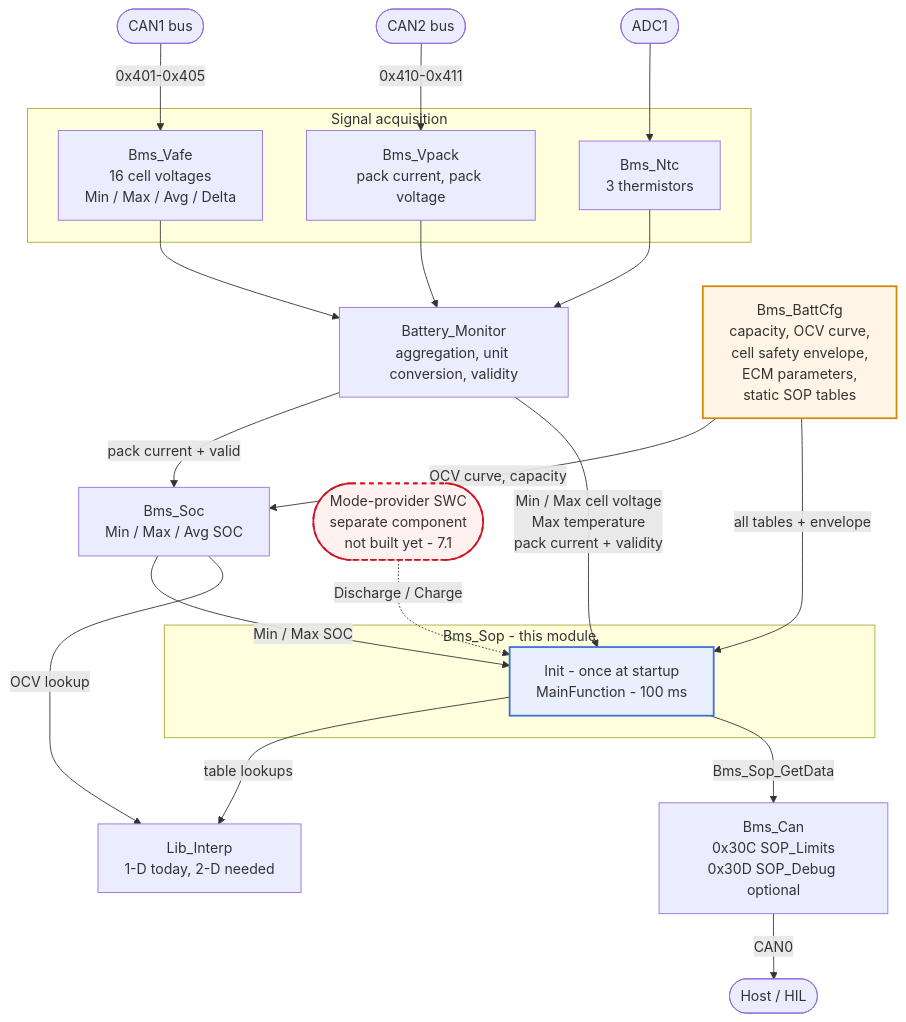
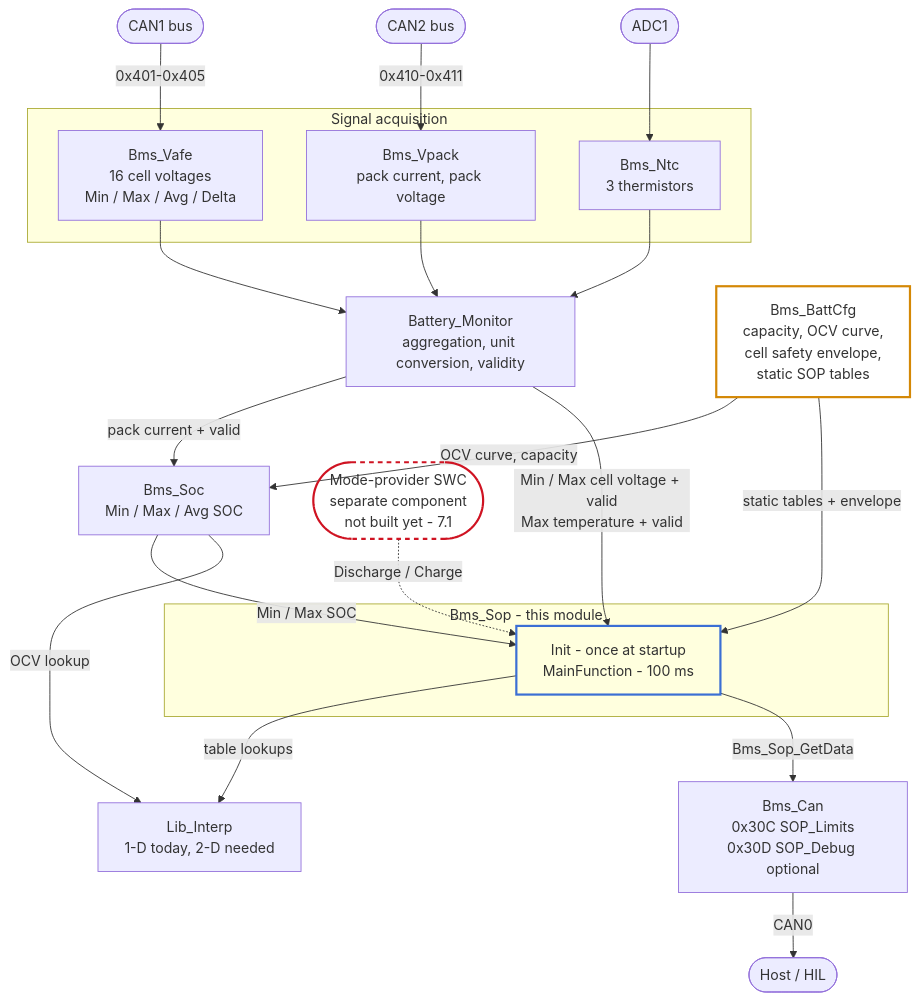
Before and after one commit to jsivolt/BMS_demo: the first of 6 diagrams in src/battery/SOP_DESIGN.md, drawn with Mermaid. The commit also changed other lines of this file, not shown here.

````diff
--- a/src/battery/SOP_DESIGN.md
+++ b/src/battery/SOP_DESIGN.md
@@ -109,46 +106,46 @@
 ```mermaid
 flowchart TD
     CAN1(["CAN1 bus"]) -->|"0x401-0x405"| VAFE
     CAN2(["CAN2 bus"]) -->|"0x410-0x411"| VPACK
     ADC1(["ADC1"]) --> NTC
 
     subgraph sensing["Signal acquisition"]
         VAFE["Bms_Vafe<br/>16 cell voltages<br/>Min / Max / Avg / Delta"]
         VPACK["Bms_Vpack<br/>pack current, pack voltage"]
         NTC["Bms_Ntc<br/>3 thermistors"]
     end
 
     VAFE --> BM
     VPACK --> BM
     NTC --> BM
 
     BM["Battery_Monitor<br/>aggregation, unit conversion, validity"]
     SOC["Bms_Soc<br/>Min / Max / Avg SOC"]
 
     BM -->|"pack current + valid"| SOC
-    BM -->|"Min / Max cell voltage<br/>Max temperature<br/>pack current + validity"| SOP
+    BM -->|"Min / Max cell voltage + valid<br/>Max temperature + valid"| SOP
     SOC -->|"Min / Max SOC"| SOP
 
     subgraph sop["Bms_Sop - this module"]
         SOP["Init - once at startup<br/>MainFunction - 100 ms"]
     end
 
-    CFG["Bms_BattCfg<br/>capacity, OCV curve,<br/>cell safety envelope,<br/>ECM parameters,<br/>static SOP tables"]
+    CFG["Bms_BattCfg<br/>capacity, OCV curve,<br/>cell safety envelope,<br/>static SOP tables"]
 
     CFG -->|"OCV curve, capacity"| SOC
-    CFG -->|"all tables + envelope"| SOP
+    CFG -->|"static tables + envelope"| SOP
     SOP -->|"table lookups"| LIB["Lib_Interp<br/>1-D today, 2-D needed"]
     SOC -->|"OCV lookup"| LIB
 
     SOP -->|"Bms_Sop_GetData"| CANMOD["Bms_Can<br/>0x30C SOP_Limits<br/>0x30D SOP_Debug optional"]
     CANMOD -->|"CAN0"| HOST(["Host / HIL"])
 
     MODE(["Mode-provider SWC<br/>separate component<br/>not built yet - 7.1"]) -.->|"Discharge / Charge"| SOP
 
-    classDef this fill:#e8f0fe,stroke:#3b6fd4,stroke-width:2px
-    classDef newcfg fill:#fff4e5,stroke:#d48806,stroke-width:2px
-    classDef undecided fill:#fff1f0,stroke:#cf1322,stroke-width:2px,stroke-dasharray:5
+    classDef this fill:transparent,stroke:#3b6fd4,stroke-width:2.5px
+    classDef newcfg fill:transparent,stroke:#d48806,stroke-width:2.5px
+    classDef undecided fill:transparent,stroke:#cf1322,stroke-width:2.5px,stroke-dasharray:5
     class SOP this
     class CFG newcfg
     class MODE undecided
 ```
````
